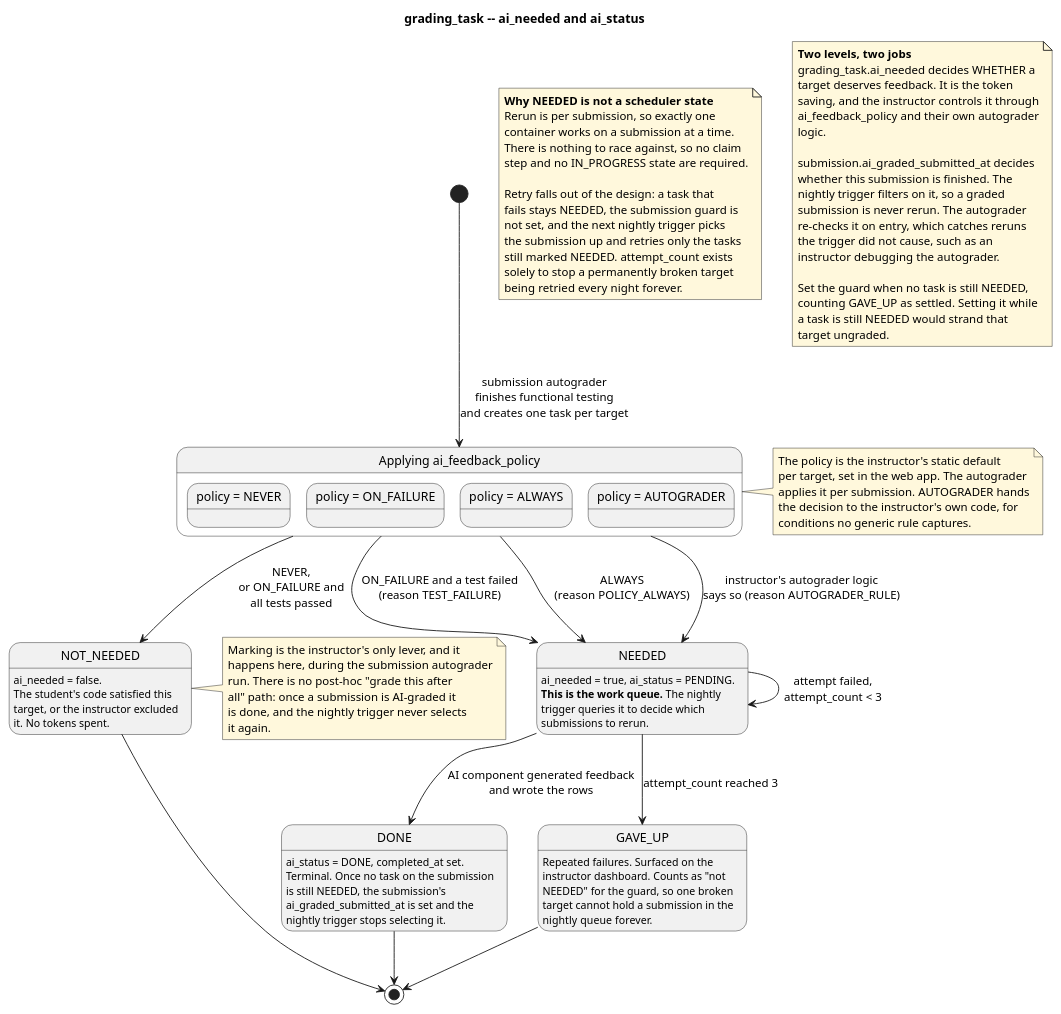
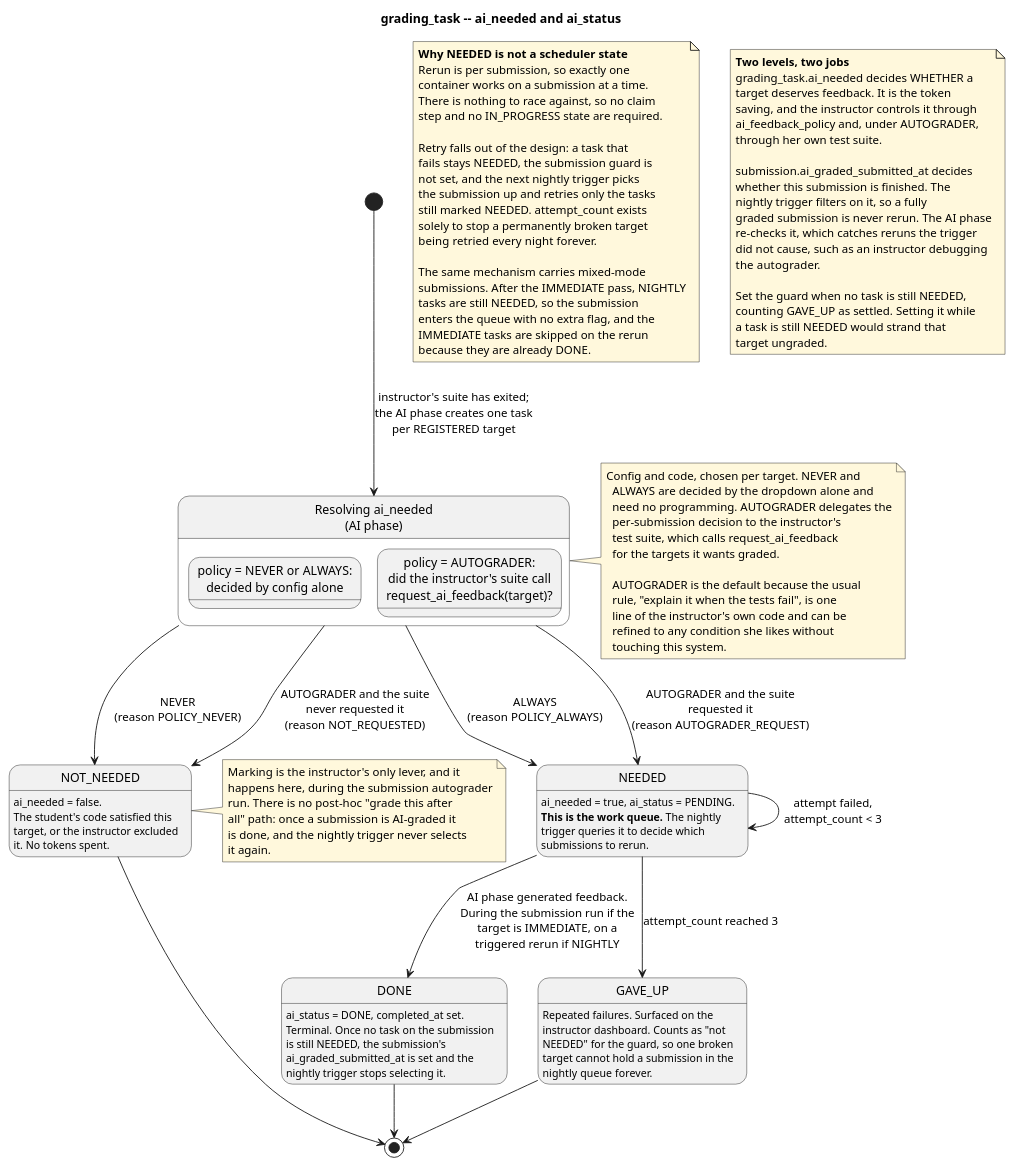
The diagram in docs/architecture/06-grading-task-state.puml (AI-Assisted-Autograder/ai-assisted-autograder), drawn with PlantUML before and after one commit. The commit also changed 9 other files, not shown here.

```diff
--- a/docs/architecture/06-grading-task-state.puml
+++ b/docs/architecture/06-grading-task-state.puml
@@ -1,119 +1,131 @@
 @startuml 06-grading-task-state
 ' =====================================================================
 ' grading_task lifecycle
 ' Traces to: FR-18, FR-29, FR-30, FR-42, NFR-6
 '
 ' One row per (submission, grading target). Two fields:
 '   ai_needed  -- does this target need AI feedback at all
 '   ai_status  -- has that feedback been produced
 '
 ' ai_needed is the important one. It is set by the submission
 ' autograder after functional testing, under instructor control, and it
 ' is what stops the system spending tokens explaining correct code.
 ' =====================================================================
 
 title grading_task -- ai_needed and ai_status
 
 skinparam shadowing false
 skinparam defaultFontName Helvetica
 
-[*] --> Marking : submission autograder\nfinishes functional testing\nand creates one task per target
+[*] --> Marking : instructor's suite has exited;\nthe AI phase creates one task\nper REGISTERED target
 
-state "Applying ai_feedback_policy" as Marking {
-  state "policy = NEVER" as c_never
-  state "policy = ON_FAILURE" as c_onfail
-  state "policy = ALWAYS" as c_always
-  state "policy = AUTOGRADER" as c_auto
+state "Resolving ai_needed\n(AI phase)" as Marking {
+  state "policy = NEVER or ALWAYS:\ndecided by config alone" as c_policy
+  state "policy = AUTOGRADER:\ndid the instructor's suite call\nrequest_ai_feedback(target)?" as c_auto
 }
 
-Marking --> NOT_NEEDED : NEVER,\nor ON_FAILURE and\nall tests passed
-Marking --> NEEDED : ON_FAILURE and a test failed\n(reason TEST_FAILURE)
+Marking --> NOT_NEEDED : NEVER\n(reason POLICY_NEVER)
+Marking --> NOT_NEEDED : AUTOGRADER and the suite\nnever requested it\n(reason NOT_REQUESTED)
 Marking --> NEEDED : ALWAYS\n(reason POLICY_ALWAYS)
-Marking --> NEEDED : instructor's autograder logic\nsays so (reason AUTOGRADER_RULE)
+Marking --> NEEDED : AUTOGRADER and the suite\nrequested it\n(reason AUTOGRADER_REQUEST)
 
 note right of NOT_NEEDED #FFF8DC
   Marking is the instructor's only lever, and it
   happens here, during the submission autograder
   run. There is no post-hoc "grade this after
   all" path: once a submission is AI-graded it
   is done, and the nightly trigger never selects
   it again.
 end note
 
 NOT_NEEDED : ai_needed = false.
 NOT_NEEDED : The student's code satisfied this
 NOT_NEEDED : target, or the instructor excluded
 NOT_NEEDED : it. No tokens spent.
 
 NEEDED : ai_needed = true, ai_status = PENDING.
 NEEDED : **This is the work queue.** The nightly
 NEEDED : trigger queries it to decide which
 NEEDED : submissions to rerun.
 
-NEEDED --> DONE : AI component generated feedback\nand wrote the rows
+NEEDED --> DONE : AI phase generated feedback.\nDuring the submission run if the\ntarget is IMMEDIATE, on a\ntriggered rerun if NIGHTLY
 NEEDED --> NEEDED : attempt failed,\nattempt_count < 3
 NEEDED --> GAVE_UP : attempt_count reached 3
 
 DONE : ai_status = DONE, completed_at set.
 DONE : Terminal. Once no task on the submission
 DONE : is still NEEDED, the submission's
 DONE : ai_graded_submitted_at is set and the
 DONE : nightly trigger stops selecting it.
 
 GAVE_UP : Repeated failures. Surfaced on the
 GAVE_UP : instructor dashboard. Counts as "not
 GAVE_UP : NEEDED" for the guard, so one broken
 GAVE_UP : target cannot hold a submission in the
 GAVE_UP : nightly queue forever.
 
 DONE --> [*]
 NOT_NEEDED --> [*]
 GAVE_UP --> [*]
 
 note right of Marking #FFF8DC
-  The policy is the instructor's static default
-  per target, set in the web app. The autograder
-  applies it per submission. AUTOGRADER hands
-  the decision to the instructor's own code, for
-  conditions no generic rule captures.
+Config and code, chosen per target. NEVER and
+  ALWAYS are decided by the dropdown alone and
+  need no programming. AUTOGRADER delegates the
+  per-submission decision to the instructor's
+  test suite, which calls request_ai_feedback
+  for the targets it wants graded.
+
+  AUTOGRADER is the default because the usual
+  rule, "explain it when the tests fail", is one
+  line of the instructor's own code and can be
+  refined to any condition she likes without
+  touching this system.
 end note
 
 note as N1 #FFF8DC
   **Why NEEDED is not a scheduler state**
   Rerun is per submission, so exactly one
   container works on a submission at a time.
   There is nothing to race against, so no claim
   step and no IN_PROGRESS state are required.
 
   Retry falls out of the design: a task that
   fails stays NEEDED, the submission guard is
   not set, and the next nightly trigger picks
   the submission up and retries only the tasks
   still marked NEEDED. attempt_count exists
   solely to stop a permanently broken target
   being retried every night forever.
+
+  The same mechanism carries mixed-mode
+  submissions. After the IMMEDIATE pass, NIGHTLY
+  tasks are still NEEDED, so the submission
+  enters the queue with no extra flag, and the
+  IMMEDIATE tasks are skipped on the rerun
+  because they are already DONE.
 end note
 
 note as N2 #FFF8DC
   **Two levels, two jobs**
   grading_task.ai_needed decides WHETHER a
   target deserves feedback. It is the token
   saving, and the instructor controls it through
-  ai_feedback_policy and their own autograder
-  logic.
+  ai_feedback_policy and, under AUTOGRADER,
+  through her own test suite.
 
   submission.ai_graded_submitted_at decides
   whether this submission is finished. The
-  nightly trigger filters on it, so a graded
-  submission is never rerun. The autograder
-  re-checks it on entry, which catches reruns
-  the trigger did not cause, such as an
-  instructor debugging the autograder.
+  nightly trigger filters on it, so a fully
+  graded submission is never rerun. The AI phase
+  re-checks it, which catches reruns the trigger
+  did not cause, such as an instructor debugging
+  the autograder.
 
   Set the guard when no task is still NEEDED,
   counting GAVE_UP as settled. Setting it while
   a task is still NEEDED would strand that
   target ungraded.
 end note
 
 @enduml
```
